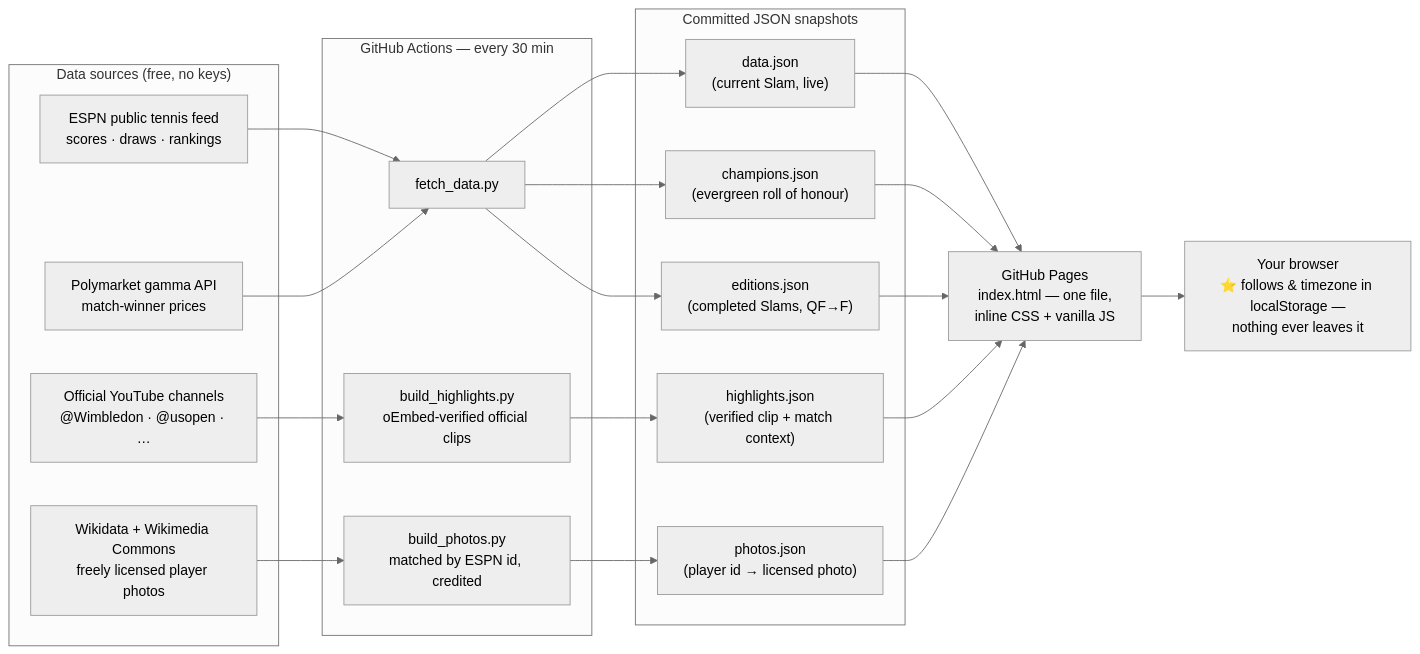
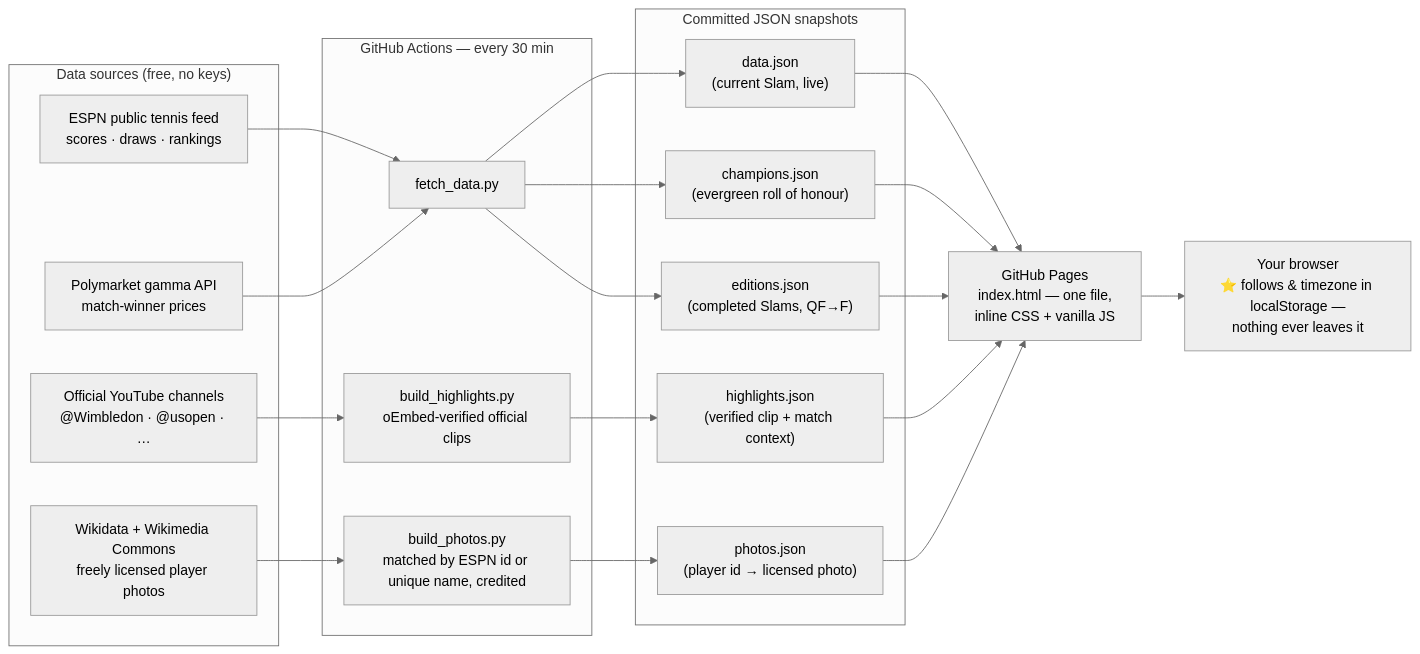
One commit to danpune/tennis-slams-tracker changed the diagram in README.md. Above: the diagram before and after it, drawn with Mermaid (neutral theme). The commit also changed 1 other file, not shown here.

Commit message:
Bring the 'scores may be delayed' warning back when the ESPN refresh fails
stampUpd() only ran after a successful merge, so the failed-fetch, non-OK and
empty-feed early returns in refreshLiveOnce() left '— live from the feed' on
screen with an ageing clock while ESPN was down. It now runs in the single-flight
wrapper's finally, on every outcome. (Pre-existing; found by tracker-reviewer's
re-verification — 94b734a intended this but didn't reach those paths.)

Verified with ESPN stubbed, last good data 50 min old: throw / 503 / empty feed
all show '⚠ scores may be delayed — updated 50m ago'; 10-min-old data shows no
warning; a real successful fetch shows '— live from the feed'.

README diagram: photos are matched by ESPN id or unique name.

````diff
--- a/README.md
+++ b/README.md
@@ -30,35 +30,35 @@
 ```mermaid
 flowchart LR
     subgraph sources ["Data sources (free, no keys)"]
         ESPN["ESPN public tennis feed<br/>scores · draws · rankings"]
         PM["Polymarket gamma API<br/>match-winner prices"]
         YT["Official YouTube channels<br/>@Wimbledon · @usopen · …"]
         WM["Wikidata + Wikimedia Commons<br/>freely licensed player photos"]
     end
 
     subgraph actions ["GitHub Actions — every 30 min"]
         F["fetch_data.py"]
         H["build_highlights.py<br/>oEmbed-verified official clips"]
-        P["build_photos.py<br/>matched by ESPN id, credited"]
+        P["build_photos.py<br/>matched by ESPN id or unique name, credited"]
     end
 
     subgraph repo ["Committed JSON snapshots"]
         D["data.json<br/>(current Slam, live)"]
         C["champions.json<br/>(evergreen roll of honour)"]
         E["editions.json<br/>(completed Slams, QF→F)"]
         HL["highlights.json<br/>(verified clip + match context)"]
         PH["photos.json<br/>(player id → licensed photo)"]
     end
 
     Pages["GitHub Pages<br/>index.html — one file,<br/>inline CSS + vanilla JS"]
     B["Your browser<br/>⭐ follows & timezone in localStorage —<br/>nothing ever leaves it"]
 
     ESPN --> F
     PM --> F
     YT --> H
     F --> D & C & E
     WM --> P
     H --> HL
     P --> PH
     D & C & E & HL & PH --> Pages --> B
 ```
````
